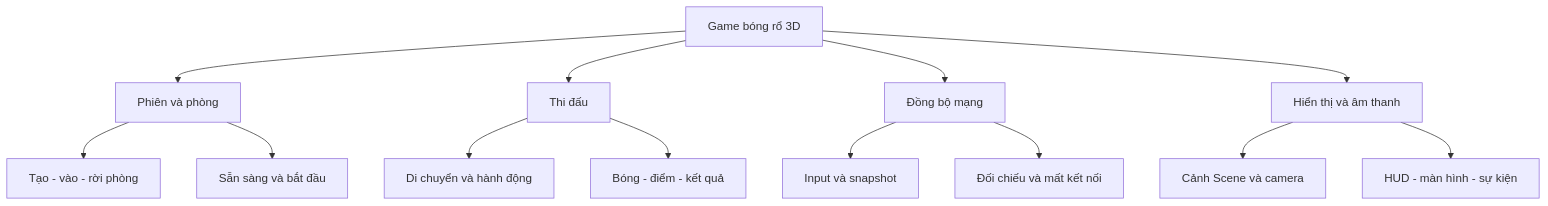
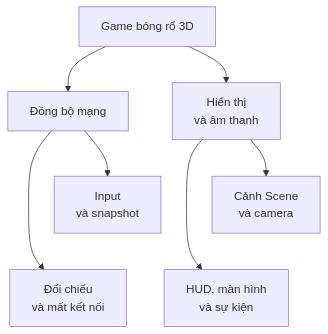
Before and after one commit to QHT2910/LuanVanTotNghiep: the second of 18 diagrams in thesis/03-xay-dung-game.md, drawn with Mermaid. The commit also changed other lines of this file and 79 other files, not shown here.

````diff
--- a/thesis/03-xay-dung-game.md
+++ b/thesis/03-xay-dung-game.md
@@ -62,15 +86,20 @@
 ```mermaid
-flowchart TD
-  G[Game bóng rổ 3D] --> P[Phiên và phòng]
-  G --> M[Thi đấu]
-  G --> N[Đồng bộ mạng]
-  G --> V[Hiển thị và âm thanh]
-  P --> P1[Tạo - vào - rời phòng]
-  P --> P2[Sẵn sàng và bắt đầu]
-  M --> M1[Di chuyển và hành động]
-  M --> M2[Bóng - điểm - kết quả]
-  N --> N1[Input và snapshot]
-  N --> N2[Đối chiếu và mất kết nối]
-  V --> V1[Cảnh Scene và camera]
-  V --> V2[HUD - màn hình - sự kiện]
+flowchart TB
+  G["Game bóng rổ 3D"]
+  N["Đồng bộ mạng"]
+  V["Hiển thị<br/>và âm thanh"]
+  N1["Input<br/>và snapshot"]
+  N2["Đối chiếu<br/>và mất kết nối"]
+  V1["Cảnh Scene<br/>và camera"]
+  V2["HUD, màn hình<br/>và sự kiện"]
+
+  G --> N
+  G --> V
+  N --> N1
+  N --> N2
+  V --> V1
+  V --> V2
+
+  N1 ~~~ N2
+  V1 ~~~ V2
 ```
````
